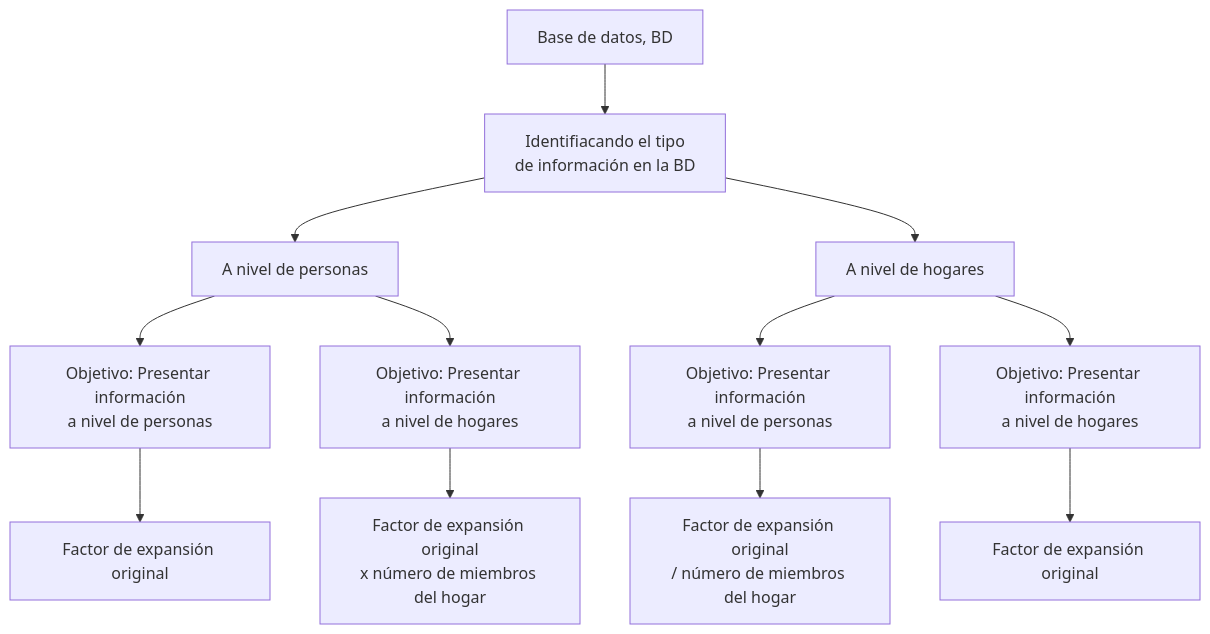
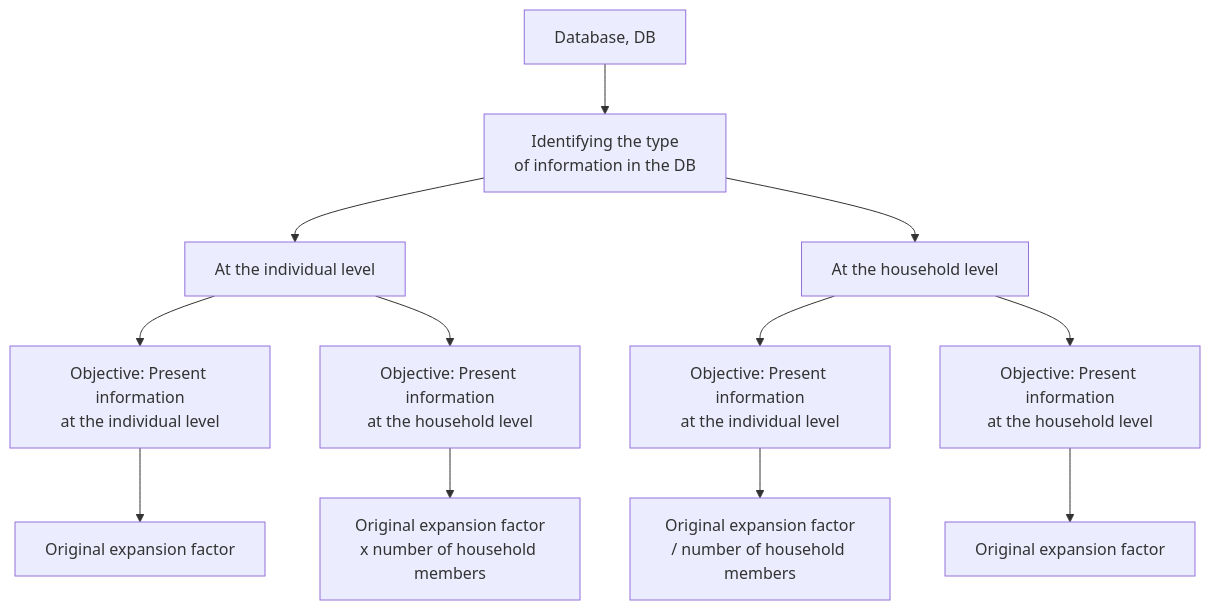
Before and after one commit to AlejandroPerezPortocarrero/Descriptive_analysis_ENAHO: the diagram in 01_Factores_expansión.md, drawn with Mermaid. The commit also changed other lines of this file, not shown here.

````diff
--- a/01_Factores_expansión.md
+++ b/01_Factores_expansión.md
@@ -68,14 +66,14 @@
 ```mermaid
 graph TD;
-    st[Base de datos, BD] --> split1[Identifiacando el tipo<br>de información en la BD];
-    split1 --> split2a[A nivel de personas];
-    split1 --> split2b[A nivel de hogares];
-    split2a --> split3a[Objetivo: Presentar información<br>a nivel de personas];
-    split2a --> split3b[Objetivo: Presentar información<br>a nivel de hogares];
-    split2b --> split5a[Objetivo: Presentar información<br>a nivel de personas];
-    split2b --> split5b[Objetivo: Presentar información<br>a nivel de hogares];
-    split3a --> split4a[Factor de expansión original];
-    split3b --> split4b[Factor de expansión original<br>x número de miembros del hogar];
-    split5a --> split6a[Factor de expansión original<br>/ número de miembros del hogar];
-    split5b --> split6b[Factor de expansión original];
+    st[Database, DB] --> split1[Identifying the type<br>of information in the DB];
+    split1 --> split2a[At the individual level];
+    split1 --> split2b[At the household level];
+    split2a --> split3a[Objective: Present information<br>at the individual level];
+    split2a --> split3b[Objective: Present information<br>at the household level];
+    split2b --> split5a[Objective: Present information<br>at the individual level];
+    split2b --> split5b[Objective: Present information<br>at the household level];
+    split3a --> split4a[Original expansion factor];
+    split3b --> split4b[Original expansion factor<br>x number of household members];
+    split5a --> split6a[Original expansion factor<br>/ number of household members];
+    split5b --> split6b[Original expansion factor];
 ```
````
